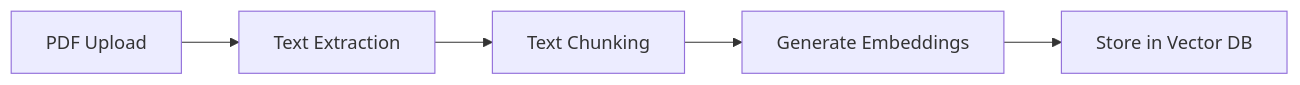
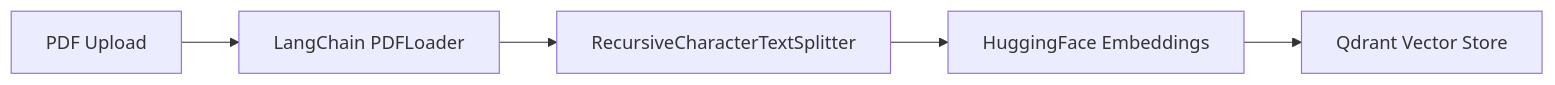
One commit to thishamdi/rag-chatbot changed the first of 2 diagrams in README.md. Above: the diagram before and after it, drawn with Mermaid. The commit also changed other lines of this file and 22 other files, not shown here.

First line of the commit message:
🦜 Complete LangChain RAG Migration with Modern UI

````diff
--- a/README.md
+++ b/README.md
@@ -221,7 +217,7 @@
 ```mermaid
 graph LR
-    A[PDF Upload] --> B[Text Extraction]
-    B --> C[Text Chunking]
-    C --> D[Generate Embeddings]
-    D --> E[Store in Vector DB]
+    A[PDF Upload] --> B[LangChain PDFLoader]
+    B --> C[RecursiveCharacterTextSplitter]
+    C --> D[HuggingFace Embeddings]
+    D --> E[Qdrant Vector Store]
 ```
````
